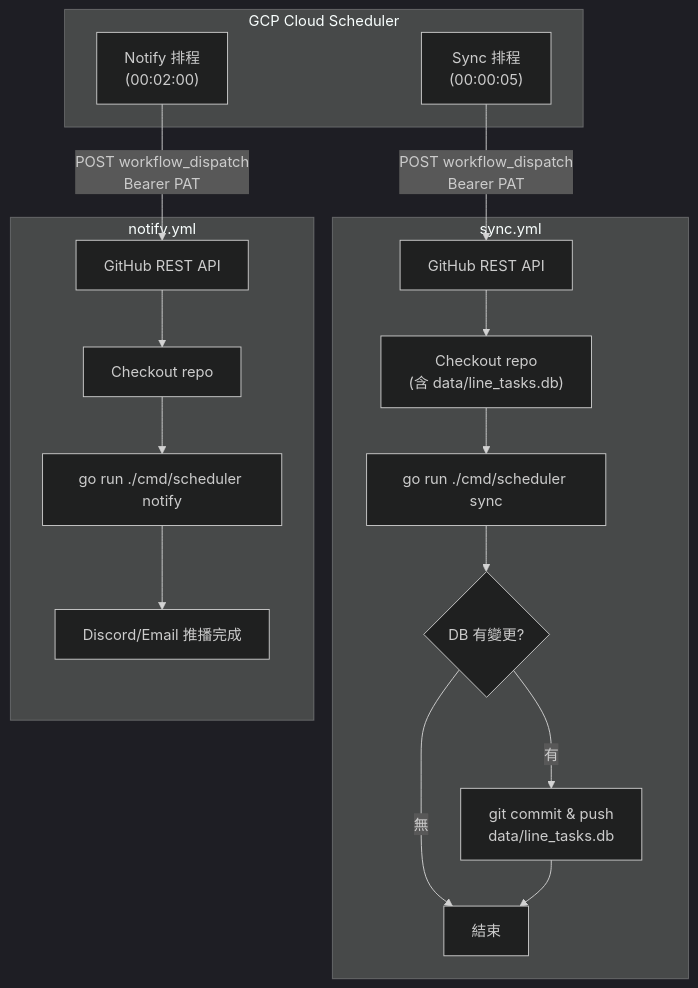
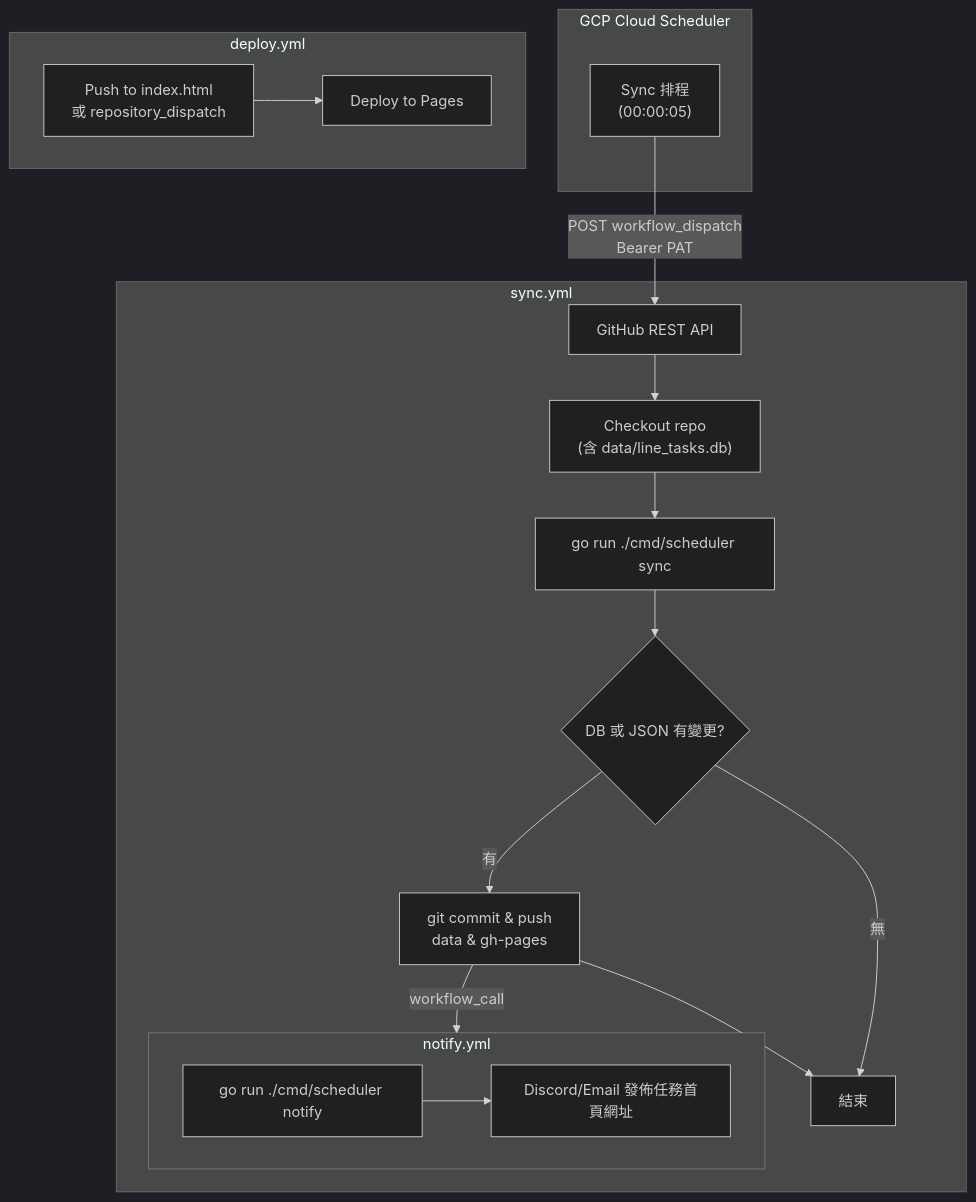
One commit to dccoding1118/more-line-points changed the fifth of 6 diagrams in docs/requirements/requirements.md. Above: the diagram before and after it, drawn with Mermaid. The commit also changed other lines of this file and 26 other files, not shown here.

````diff
--- a/docs/requirements/requirements.md
+++ b/docs/requirements/requirements.md
@@ -439,26 +461,28 @@
 ```mermaid
 %%{init: {'theme':'dark'}}%%
 flowchart TD
     subgraph scheduler["GCP Cloud Scheduler"]
         CS_SYNC["Sync 排程<br/>(00:00:05)"]
-        CS_NOTIFY["Notify 排程<br/>(00:02:00)"]
     end
 
     CS_SYNC -->|"POST workflow_dispatch<br/>Bearer PAT"| GH_API_S["GitHub REST API"]
-    CS_NOTIFY -->|"POST workflow_dispatch<br/>Bearer PAT"| GH_API_N["GitHub REST API"]
 
     subgraph sync_flow["sync.yml"]
         GH_API_S --> S2["Checkout repo<br/>(含 data/line_tasks.db)"]
         S2 --> S3["go run ./cmd/scheduler sync"]
-        S3 --> S4{"DB 有變更?"}
-        S4 -->|"有"| S5["git commit & push<br/>data/line_tasks.db"]
+        S3 --> S4{"DB 或 JSON 有變更?"}
+        S4 -->|"有"| S5["git commit & push<br/>data & gh-pages"]
         S4 -->|"無"| S6["結束"]
+        S5 -->|"workflow_call"| notify_flow
         S5 --> S6
     end
 
     subgraph notify_flow["notify.yml"]
-        GH_API_N --> N2["Checkout repo"]
-        N2 --> N3["go run ./cmd/scheduler notify"]
-        N3 --> N4["Discord/Email 推播完成"]
+        N3["go run ./cmd/scheduler notify"]
+        N3 --> N4["Discord/Email 發佈任務首頁網址"]
+    end
+
+    subgraph deploy_flow["deploy.yml"]
+        D1["Push to index.html<br/>或 repository_dispatch"] --> D2["Deploy to Pages"]
     end
 ```
````
